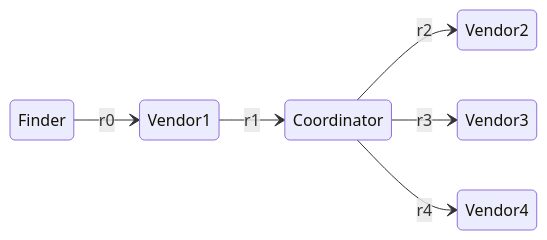
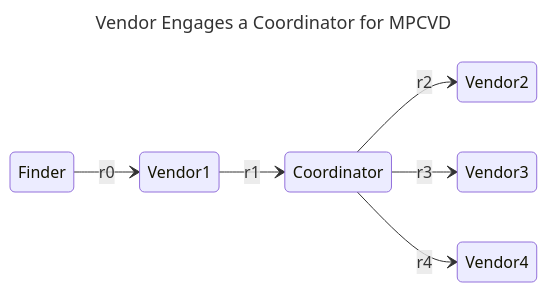
The seventh of 8 diagrams in docs/process_models/rm/rm_interactions.md (CERTCC/Vultron), drawn with Mermaid before and after one commit. The commit also changed other lines of this file and 4 other files, not shown here.

Commit message:
add some diagram titles

````diff
--- a/docs/process_models/rm/rm_interactions.md
+++ b/docs/process_models/rm/rm_interactions.md
@@ -355,9 +373,12 @@
 ```mermaid
+---
+title: Vendor Engages a Coordinator for MPCVD
+---
 stateDiagram-v2
     direction LR
     Finder --> Vendor1: r0
     Vendor1 --> Coordinator: r1
     Coordinator --> Vendor2: r2
     Coordinator --> Vendor3: r3
     Coordinator --> Vendor4: r4
 ```
````
